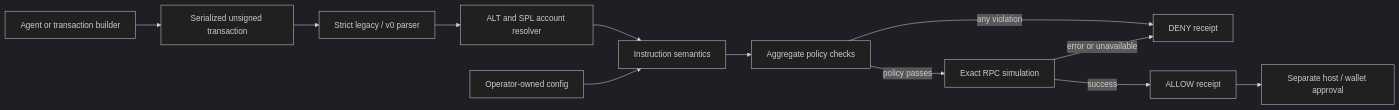
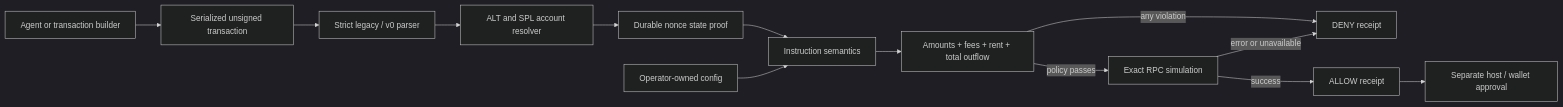
The diagram in ARCHITECTURE.md (FeeeeelixWong/solana-policy-firewall), drawn with Mermaid (dark theme) before and after one commit. The commit also changed other lines of this file and 19 other files, not shown here.

````diff
--- a/ARCHITECTURE.md
+++ b/ARCHITECTURE.md
@@ -11,14 +11,15 @@
 ```mermaid
 flowchart LR
     A["Agent or transaction builder"] --> B["Serialized unsigned transaction"]
     B --> C["Strict legacy / v0 parser"]
     C --> D["ALT and SPL account resolver"]
-    D --> E["Instruction semantics"]
+    D --> N["Durable nonce state proof"]
+    N --> E["Instruction semantics"]
     P["Operator-owned config"] --> E
-    E --> F["Aggregate policy checks"]
+    E --> F["Amounts + fees + rent + total outflow"]
     F -->|"policy passes"| G["Exact RPC simulation"]
     F -->|"any violation"| H["DENY receipt"]
     G -->|"success"| I["ALLOW receipt"]
     G -->|"error or unavailable"| H
     I --> J["Separate host / wallet approval"]
 ```
````
